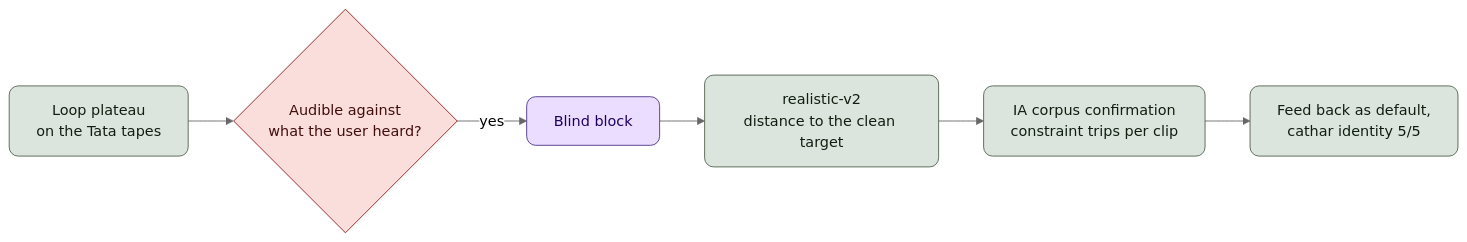
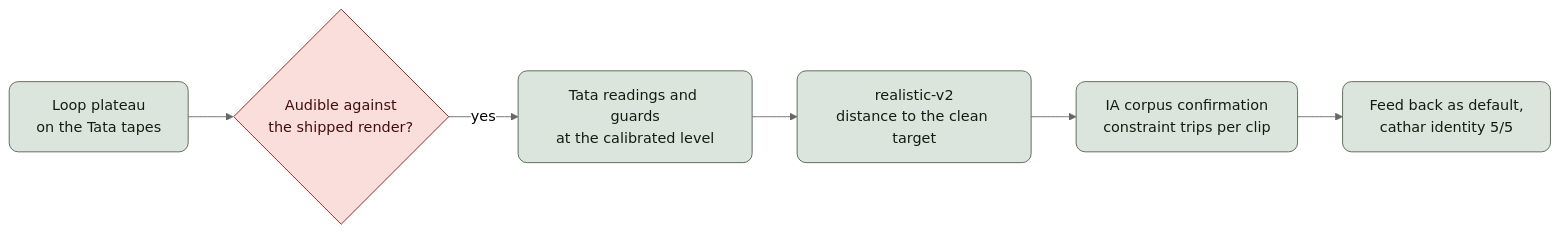
Before and after one commit to ventura8/AI-Hybrid-VHS-Audio-Restorer: the third of 3 diagrams in docs/ai_human_ear_architecture.md, drawn with Mermaid (neutral theme). The commit also changed other lines of this file and 11 other files, not shown here.

````diff
--- a/docs/ai_human_ear_architecture.md
+++ b/docs/ai_human_ear_architecture.md
@@ -299,12 +301,12 @@
 ```mermaid
 flowchart LR
     classDef step fill:#DCE5DD,stroke:#526350,color:#101E10,rx:10,ry:10;
     classDef human fill:#EADDFF,stroke:#4F378B,color:#21005D,rx:10,ry:10;
     classDef gate fill:#F9DEDC,stroke:#8C1D18,color:#410E0B,rx:6,ry:6;
 
-    P["Loop plateau<br/>on the Tata tapes"]:::step --> A{"Audible against<br/>what the user heard?"}:::gate
-    A -->|yes| L["Blind block"]:::human
+    P["Loop plateau<br/>on the Tata tapes"]:::step --> A{"Audible against<br/>the shipped render?"}:::gate
+    A -->|yes| L["Tata readings and guards<br/>at the calibrated level"]:::step
     L --> RV["realistic-v2<br/>distance to the clean target"]:::step
     RV --> IA["IA corpus confirmation<br/>constraint trips per clip"]:::step
     IA --> FB["Feed back as default,<br/>cathar identity 5/5"]:::step
 ```
````
